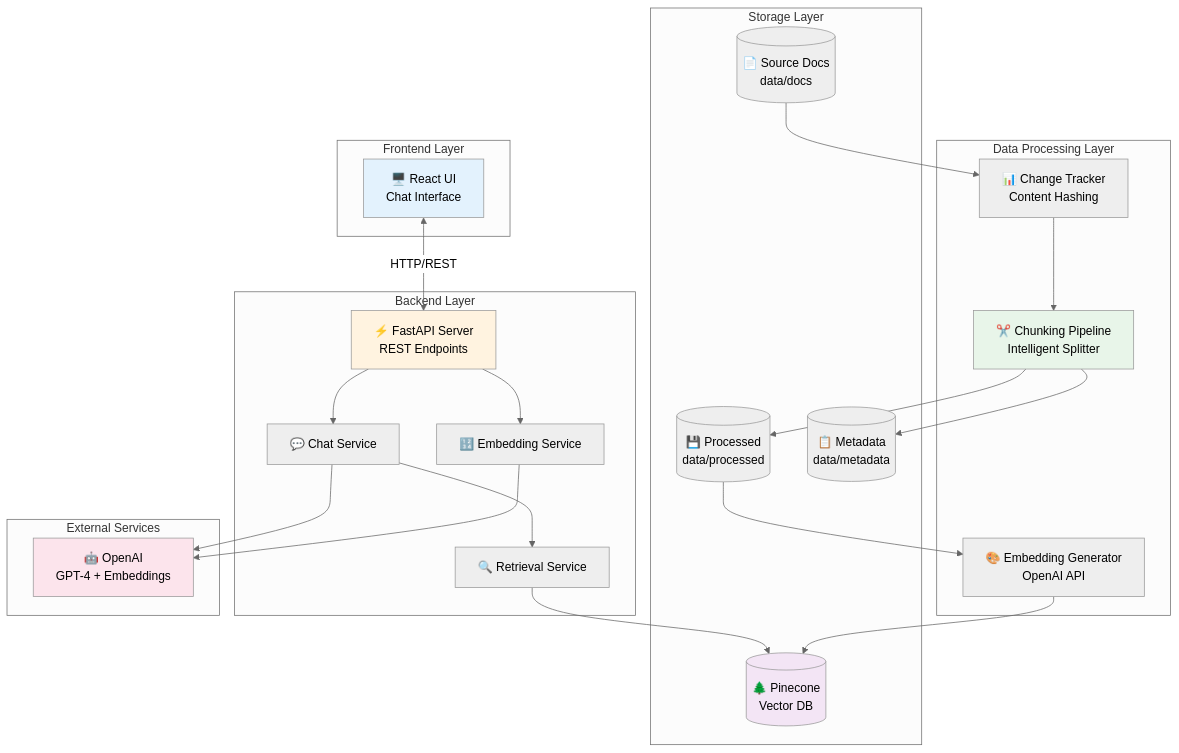
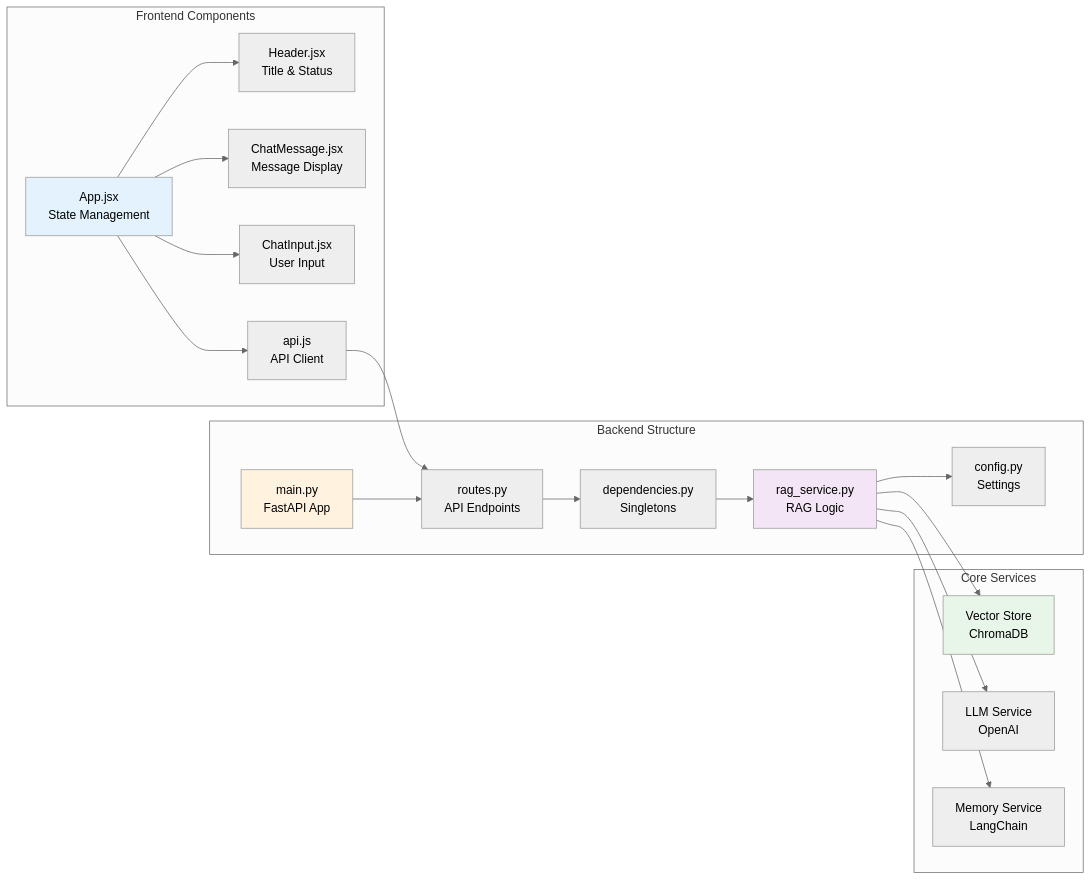
One commit to NinobraV/knowra-onboarding-agent changed the fourth of 8 diagrams in README.md. Above: the diagram before and after it, drawn with Mermaid (neutral theme). The commit also changed other lines of this file and 76 other files, not shown here.

First line of the commit message:
Refactor: Remove hybrid recursive splitter and related components

````diff
--- a/README.md
+++ b/README.md
@@ -1985,51 +198,43 @@
 ```mermaid
-graph TB
-    subgraph "Frontend Layer"
-        UI[🖥️ React UI<br/>Chat Interface]
+graph LR
+    subgraph "Frontend Components"
+        APP[App.jsx<br/>State Management]
+        HEADER[Header.jsx<br/>Title & Status]
+        MESSAGE[ChatMessage.jsx<br/>Message Display]
+        INPUT[ChatInput.jsx<br/>User Input]
+        API[api.js<br/>API Client]
     end
     
-    subgraph "Backend Layer"
-        API[⚡ FastAPI Server<br/>REST Endpoints]
-        CHAT[💬 Chat Service]
-        RET[🔍 Retrieval Service]
-        EMB[🔢 Embedding Service]
+    subgraph "Backend Structure"
+        MAIN[main.py<br/>FastAPI App]
+        ROUTES_B[routes.py<br/>API Endpoints]
+        RAG_SVC[rag_service.py<br/>RAG Logic]
+        CONFIG[config.py<br/>Settings]
+        DEPS_B[dependencies.py<br/>Singletons]
     end
     
-    subgraph "Data Processing Layer"
-        CHUNK[✂️ Chunking Pipeline<br/>Intelligent Splitter]
-        EMBED[🎨 Embedding Generator<br/>OpenAI API]
-        TRACK[📊 Change Tracker<br/>Content Hashing]
+    subgraph "Core Services"
+        VECTOR[Vector Store<br/>ChromaDB]
+        LLM_SVC[LLM Service<br/>OpenAI]
+        MEM[Memory Service<br/>LangChain]
     end
     
-    subgraph "Storage Layer"
-        DOCS[(📄 Source Docs<br/>data/docs)]
-        PROC[(💾 Processed<br/>data/processed)]
-        META[(📋 Metadata<br/>data/metadata)]
-        PINE[(🌲 Pinecone<br/>Vector DB)]
-    end
+    APP --> HEADER
+    APP --> MESSAGE
+    APP --> INPUT
+    APP --> API
+    API --> ROUTES_B
     
-    subgraph "External Services"
-        OAI[🤖 OpenAI<br/>GPT-4 + Embeddings]
-    end
+    MAIN --> ROUTES_B
+    ROUTES_B --> DEPS_B
+    DEPS_B --> RAG_SVC
+    RAG_SVC --> CONFIG
+    RAG_SVC --> VECTOR
+    RAG_SVC --> LLM_SVC
+    RAG_SVC --> MEM
     
-    UI <-->|HTTP/REST| API
-    API --> CHAT
-    CHAT --> RET
-    CHAT --> OAI
-    RET --> PINE
-    API --> EMB
-    EMB --> OAI
-    
-    DOCS --> TRACK
-    TRACK --> CHUNK
-    CHUNK --> PROC
-    CHUNK --> META
-    PROC --> EMBED
-    EMBED --> PINE
-    
-    style UI fill:#e3f2fd
-    style API fill:#fff3e0
-    style CHUNK fill:#e8f5e9
-    style PINE fill:#f3e5f5
-    style OAI fill:#fce4ec
+    style APP fill:#e3f2fd
+    style MAIN fill:#fff3e0
+    style RAG_SVC fill:#f3e5f5
+    style VECTOR fill:#e8f5e9
 ```
````
